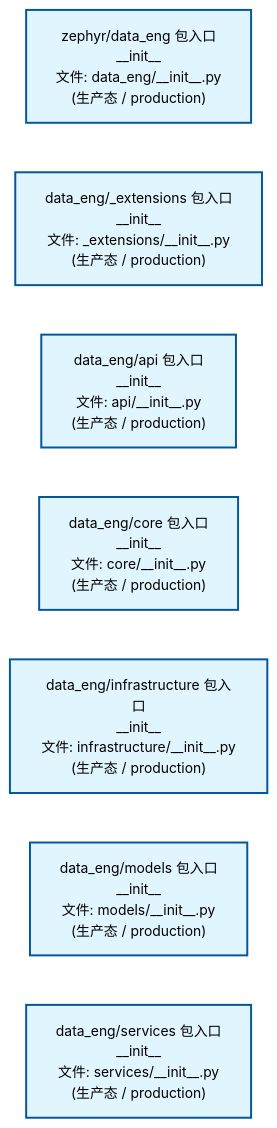
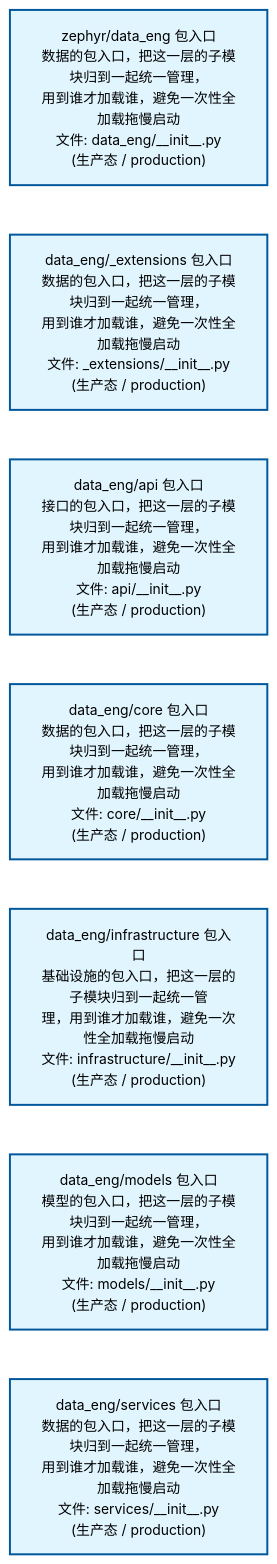
Before and after one commit to xuanFelixVan/ZephyrAlpha: the second of 2 diagrams in docs/02_enterprise_architecture/02_domain_architecture_docs/12_d_data_eng.md, drawn with Mermaid. The commit also changed other lines of this file and 63 other files, not shown here.

````diff
--- a/docs/02_enterprise_architecture/02_domain_architecture_docs/12_d_data_eng.md
+++ b/docs/02_enterprise_architecture/02_domain_architecture_docs/12_d_data_eng.md
@@ -80,22 +80,22 @@
 ```mermaid
 %%{init: {'theme': 'base', 'themeVariables': {'primaryColor': '#eaeaea', 'primaryTextColor': '#333333', 'primaryBorderColor': '#666666', 'lineColor': '#666666', 'secondaryColor': '#eaeaea', 'tertiaryColor': '#eaeaea', 'fontSize': '14px'}}}%%
 flowchart TD
-    src_zephyr_data_eng_init_py["zephyr/data_eng 包入口<br/>__init__<br/>文件: data_eng/__init__.py<br/>(生产态 / production)"]
-    src_zephyr_data_eng_extensions_init_py["data_eng/_extensions 包入口<br/>__init__<br/>文件: _extensions/__init__.py<br/>(生产态 / production)"]
-    src_zephyr_data_eng_api_init_py["data_eng/api 包入口<br/>__init__<br/>文件: api/__init__.py<br/>(生产态 / production)"]
-    src_zephyr_data_eng_core_init_py["data_eng/core 包入口<br/>__init__<br/>文件: core/__init__.py<br/>(生产态 / production)"]
-    src_zephyr_data_eng_infrastructure_init_py["data_eng/infrastructure 包入口<br/>__init__<br/>文件: infrastructure/__init__.py<br/>(生产态 / production)"]
-    src_zephyr_data_eng_models_init_py["data_eng/models 包入口<br/>__init__<br/>文件: models/__init__.py<br/>(生产态 / production)"]
-    src_zephyr_data_eng_services_init_py["data_eng/services 包入口<br/>__init__<br/>文件: services/__init__.py<br/>(生产态 / production)"]
+    src_zephyr_data_eng_init_py["zephyr/data_eng 包入口<br/>数据的包入口，把这一层的子模块归到一起统一管理，<br/>用到谁才加载谁，避免一次性全加载拖慢启动<br/>文件: data_eng/__init__.py<br/>(生产态 / production)"]
+    src_zephyr_data_eng_extensions_init_py["data_eng/_extensions 包入口<br/>数据的包入口，把这一层的子模块归到一起统一管理，<br/>用到谁才加载谁，避免一次性全加载拖慢启动<br/>文件: _extensions/__init__.py<br/>(生产态 / production)"]
+    src_zephyr_data_eng_api_init_py["data_eng/api 包入口<br/>接口的包入口，把这一层的子模块归到一起统一管理，<br/>用到谁才加载谁，避免一次性全加载拖慢启动<br/>文件: api/__init__.py<br/>(生产态 / production)"]
+    src_zephyr_data_eng_core_init_py["data_eng/core 包入口<br/>数据的包入口，把这一层的子模块归到一起统一管理，<br/>用到谁才加载谁，避免一次性全加载拖慢启动<br/>文件: core/__init__.py<br/>(生产态 / production)"]
+    src_zephyr_data_eng_infrastructure_init_py["data_eng/infrastructure 包入口<br/>基础设施的包入口，把这一层的子模块归到一起统一管<br/>理，用到谁才加载谁，避免一次性全加载拖慢启动<br/>文件: infrastructure/__init__.py<br/>(生产态 / production)"]
+    src_zephyr_data_eng_models_init_py["data_eng/models 包入口<br/>模型的包入口，把这一层的子模块归到一起统一管理，<br/>用到谁才加载谁，避免一次性全加载拖慢启动<br/>文件: models/__init__.py<br/>(生产态 / production)"]
+    src_zephyr_data_eng_services_init_py["data_eng/services 包入口<br/>数据的包入口，把这一层的子模块归到一起统一管理，<br/>用到谁才加载谁，避免一次性全加载拖慢启动<br/>文件: services/__init__.py<br/>(生产态 / production)"]
     src_zephyr_data_eng_init_py ~~~ src_zephyr_data_eng_extensions_init_py
     src_zephyr_data_eng_extensions_init_py ~~~ src_zephyr_data_eng_api_init_py
     src_zephyr_data_eng_api_init_py ~~~ src_zephyr_data_eng_core_init_py
     src_zephyr_data_eng_core_init_py ~~~ src_zephyr_data_eng_infrastructure_init_py
     src_zephyr_data_eng_infrastructure_init_py ~~~ src_zephyr_data_eng_models_init_py
     src_zephyr_data_eng_models_init_py ~~~ src_zephyr_data_eng_services_init_py
     classDef production fill:#e1f5fe,stroke:#01579b,stroke-width:2px,color:#000
     classDef design fill:#fff3e0,stroke:#e65100,stroke-width:2px,color:#000,stroke-dasharray: 5 5
     classDef external_prod fill:#e8f4fd,stroke:#0277bd,stroke-width:1px,color:#000
     classDef external_design fill:#fff8e7,stroke:#ef6c00,stroke-width:1px,color:#000,stroke-dasharray: 5 5
     class src_zephyr_data_eng_init_py,src_zephyr_data_eng_extensions_init_py,src_zephyr_data_eng_api_init_py,src_zephyr_data_eng_core_init_py,src_zephyr_data_eng_infrastructure_init_py,src_zephyr_data_eng_models_init_py,src_zephyr_data_eng_services_init_py production
 ```
````
